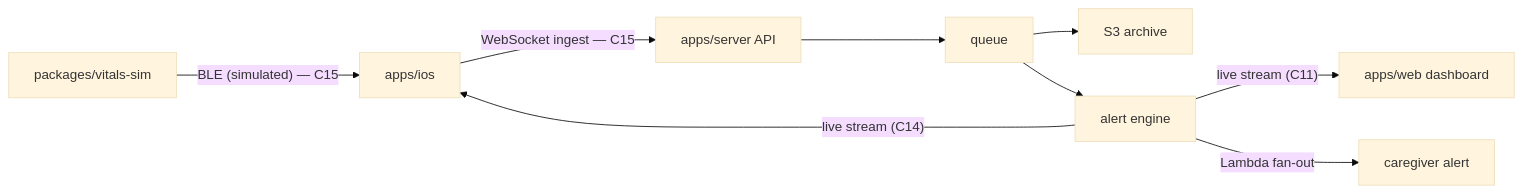
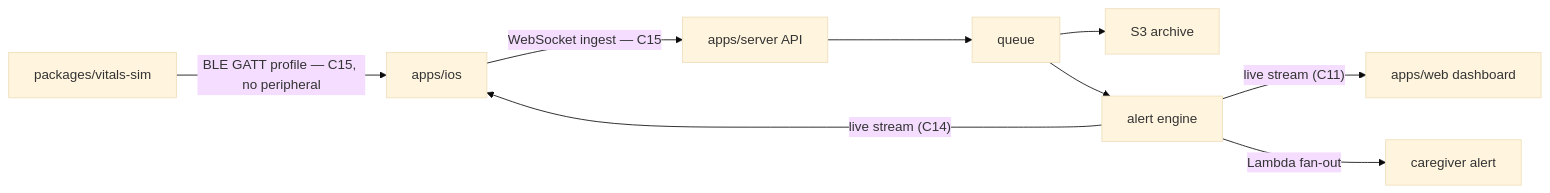
One commit to sebkoo/maekbeat changed the diagram in README.md. Above: the diagram before and after it, drawn with Mermaid (base theme). The commit also changed other lines of this file and 39 other files, not shown here.

````diff
--- a/README.md
+++ b/README.md
@@ -21,11 +21,11 @@
 ```mermaid
 flowchart LR
-  SIM["packages/vitals-sim"] -->|"BLE (simulated) — C15"| IOS["apps/ios"]
+  SIM["packages/vitals-sim"] -->|"BLE GATT profile — C15, no peripheral"| IOS["apps/ios"]
   IOS -->|"WebSocket ingest — C15"| API["apps/server API"]
   API --> Q["queue"]
   Q --> S3["S3 archive"]
   Q --> AL["alert engine"]
   AL -->|"live stream (C11)"| WEB["apps/web dashboard"]
   AL -->|"live stream (C14)"| IOS
   AL -->|"Lambda fan-out"| ALERT["caregiver alert"]
 ```
````
